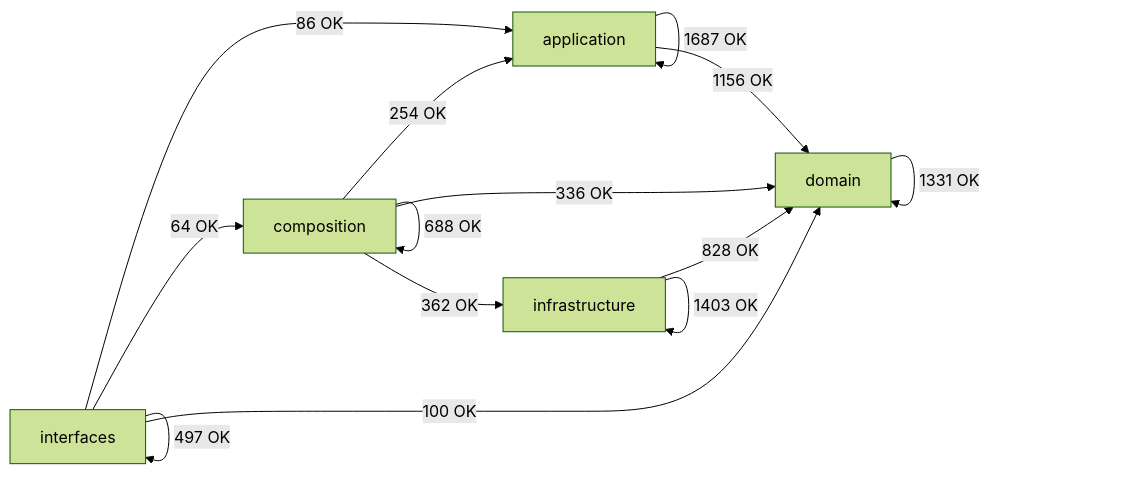
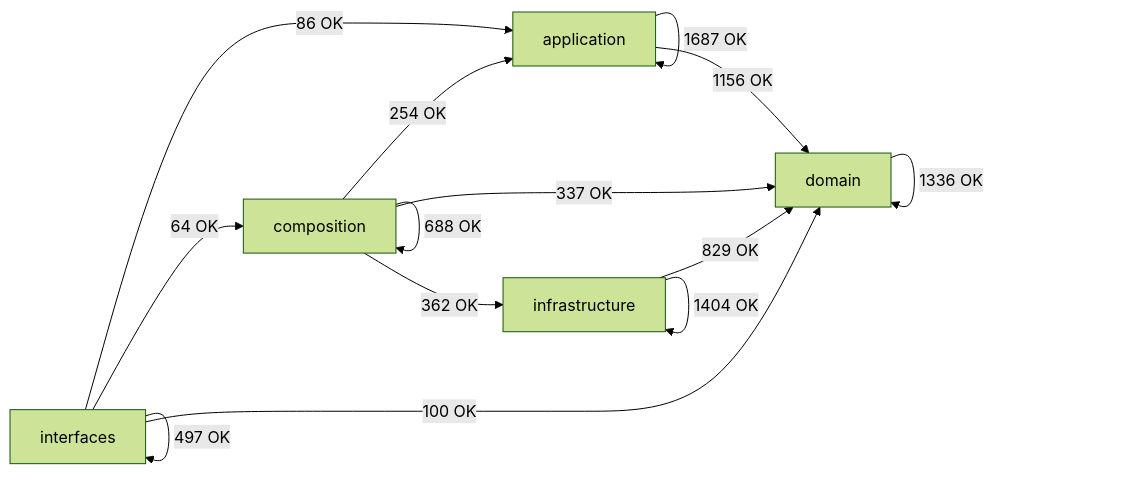
The diagram in docs/02-architecture/generated/module-dependency-map.md (SatoryKono/BioactivityDataAcquisition), drawn with Mermaid (forest theme) before and after one commit. The commit also changed other lines of this file and 102 other files, not shown here.

````diff
--- a/docs/02-architecture/generated/module-dependency-map.md
+++ b/docs/02-architecture/generated/module-dependency-map.md
@@ -17,21 +17,21 @@
 ```mermaid
 flowchart LR
     domain[domain]
     application[application]
     infrastructure[infrastructure]
     composition[composition]
     interfaces[interfaces]
     application -->|1687 OK| application
     application -->|1156 OK| domain
     composition -->|254 OK| application
     composition -->|688 OK| composition
-    composition -->|336 OK| domain
+    composition -->|337 OK| domain
     composition -->|362 OK| infrastructure
-    domain -->|1331 OK| domain
-    infrastructure -->|828 OK| domain
-    infrastructure -->|1403 OK| infrastructure
+    domain -->|1336 OK| domain
+    infrastructure -->|829 OK| domain
+    infrastructure -->|1404 OK| infrastructure
     interfaces -->|86 OK| application
     interfaces -->|64 OK| composition
     interfaces -->|100 OK| domain
     interfaces -->|497 OK| interfaces
 ```
````
